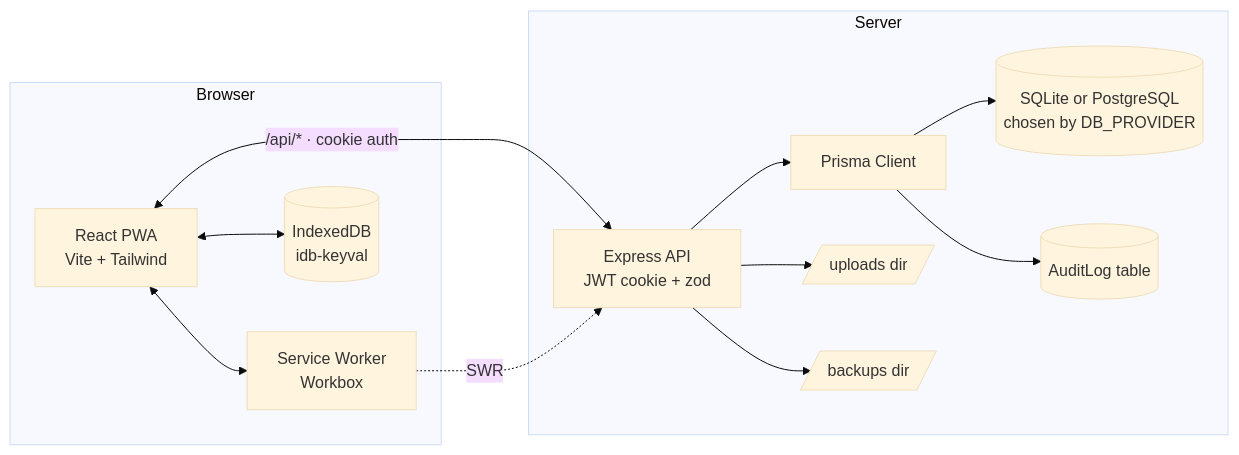
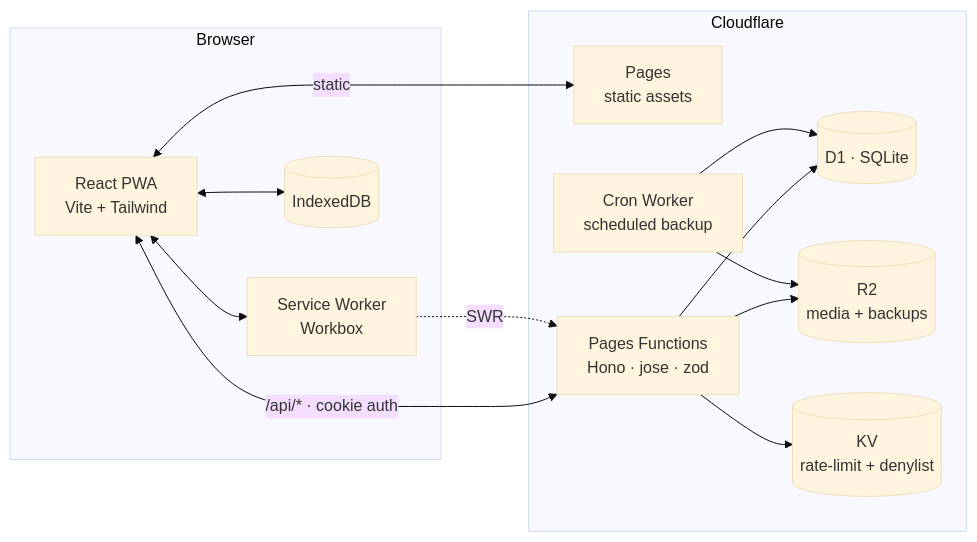
Before and after one commit to mrsinguyen/roots-of-vietnam: the diagram in README.md, drawn with Mermaid (base theme). The commit also changed other lines of this file and 127 other files, not shown here.

Commit message:
feat: run entirely on Cloudflare (D1 + Pages), drop Express self-host

````diff
--- a/README.md
+++ b/README.md
@@ -120,26 +122,28 @@
 ```mermaid
 flowchart LR
   subgraph Browser
     UI[React PWA<br/>Vite + Tailwind]
     SW[Service Worker<br/>Workbox]
-    IDB[(IndexedDB<br/>idb-keyval)]
+    IDB[(IndexedDB)]
     UI <--> SW
     UI <--> IDB
   end
 
-  subgraph Server
-    EXP[Express API<br/>JWT cookie + zod]
-    PRISMA[Prisma Client]
-    SQL[("SQLite or PostgreSQL<br/>chosen by DB_PROVIDER")]
-    UP[/uploads dir/]
-    BK[/backups dir/]
-    AUD[(AuditLog table)]
-    EXP --> PRISMA --> SQL
-    PRISMA --> AUD
-    EXP --> UP
-    EXP --> BK
+  subgraph Cloudflare
+    PAGES[Pages<br/>static assets]
+    FN[Pages Functions<br/>Hono · jose · zod]
+    D1[(D1 · SQLite)]
+    R2[(R2<br/>media + backups)]
+    KV[(KV<br/>rate-limit + denylist)]
+    CRON[Cron Worker<br/>scheduled backup]
+    FN --> D1
+    FN --> R2
+    FN --> KV
+    CRON --> D1
+    CRON --> R2
   end
 
-  UI <-- "/api/* · cookie auth" --> EXP
-  SW -. SWR .-> EXP
+  UI <-- "static" --> PAGES
+  UI <-- "/api/* · cookie auth" --> FN
+  SW -. SWR .-> FN
 ```
````
